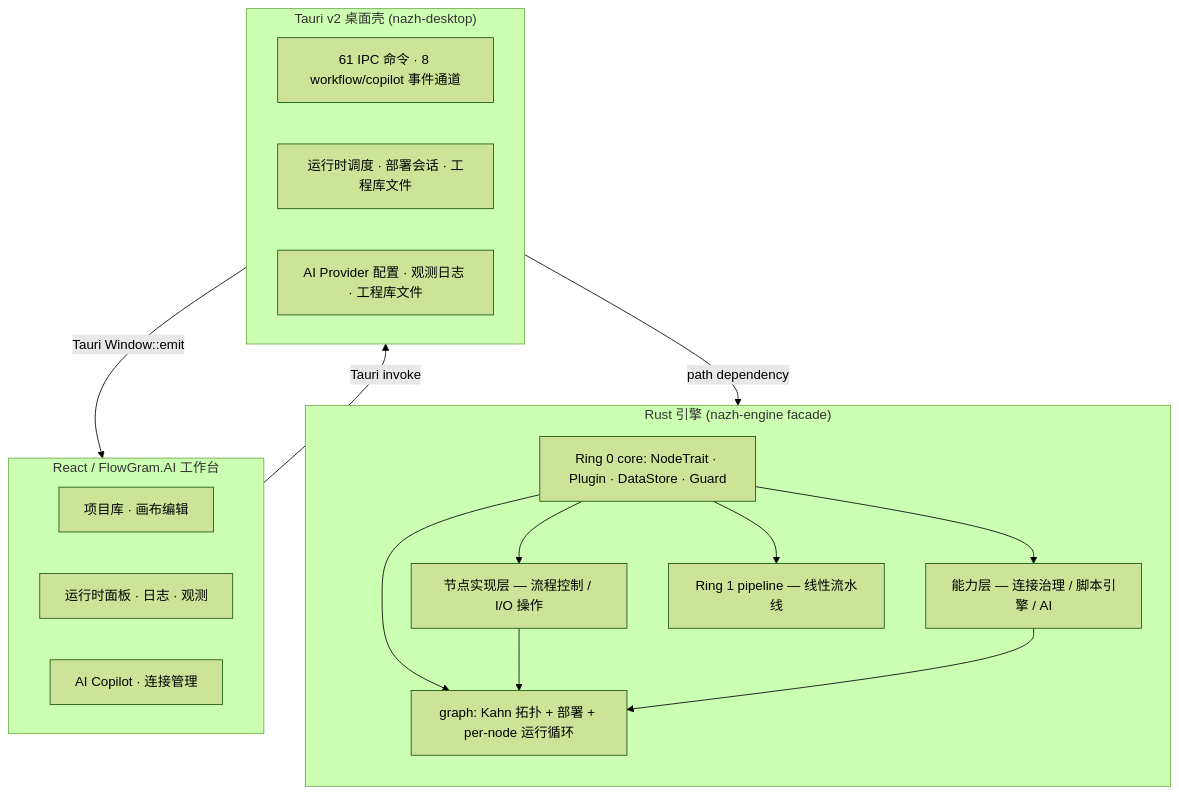
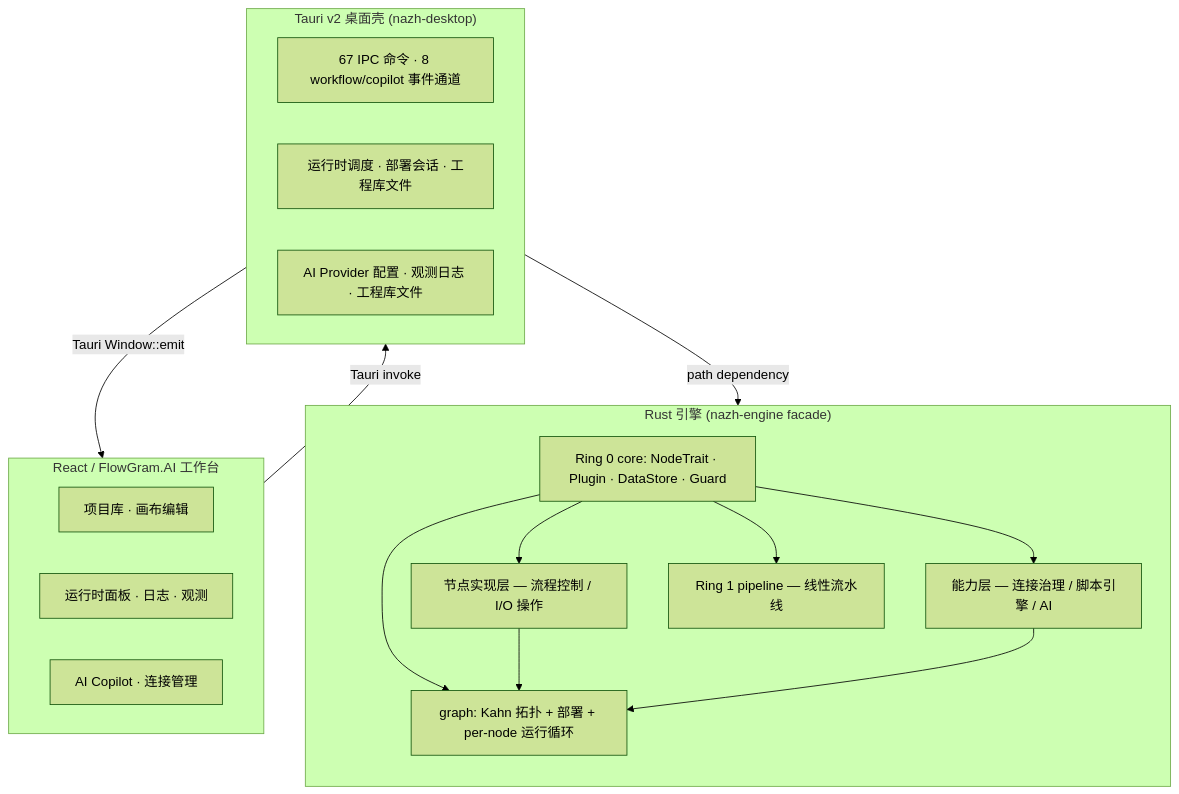
The diagram in README.md (ssXue/Nazh), drawn with Mermaid (forest theme) before and after one commit. The commit also changed 17 other files, not shown here.

````diff
--- a/README.md
+++ b/README.md
@@ -47,33 +47,33 @@
 ```mermaid
 flowchart TB
     subgraph Frontend["React / FlowGram.AI 工作台"]
         F1["项目库 · 画布编辑"]
         F2["运行时面板 · 日志 · 观测"]
         F3["AI Copilot · 连接管理"]
     end
 
     subgraph Shell["Tauri v2 桌面壳 (nazh-desktop)"]
-        S1["61 IPC 命令 · 8 workflow/copilot 事件通道"]
+        S1["67 IPC 命令 · 8 workflow/copilot 事件通道"]
         S2["运行时调度 · 部署会话 · 工程库文件"]
         S3["AI Provider 配置 · 观测日志 · 工程库文件"]
     end
 
     subgraph Engine["Rust 引擎 (nazh-engine facade)"]
         direction TB
         C0["Ring 0 core: NodeTrait · Plugin · DataStore · Guard"]
         C1a["节点实现层 — 流程控制 / I/O 操作"]
         C1b["能力层 — 连接治理 / 脚本引擎 / AI"]
         C1c["Ring 1 pipeline — 线性流水线"]
         G["graph: Kahn 拓扑 + 部署 + per-node 运行循环"]
         C0 --> C1a
         C0 --> C1b
         C0 --> C1c
         C0 --> G
         C1a --> G
         C1b --> G
     end
 
     Frontend -- "Tauri invoke" --> Shell
     Shell -- "Tauri Window::emit" --> Frontend
     Shell -- "path dependency" --> Engine
 ```
````
